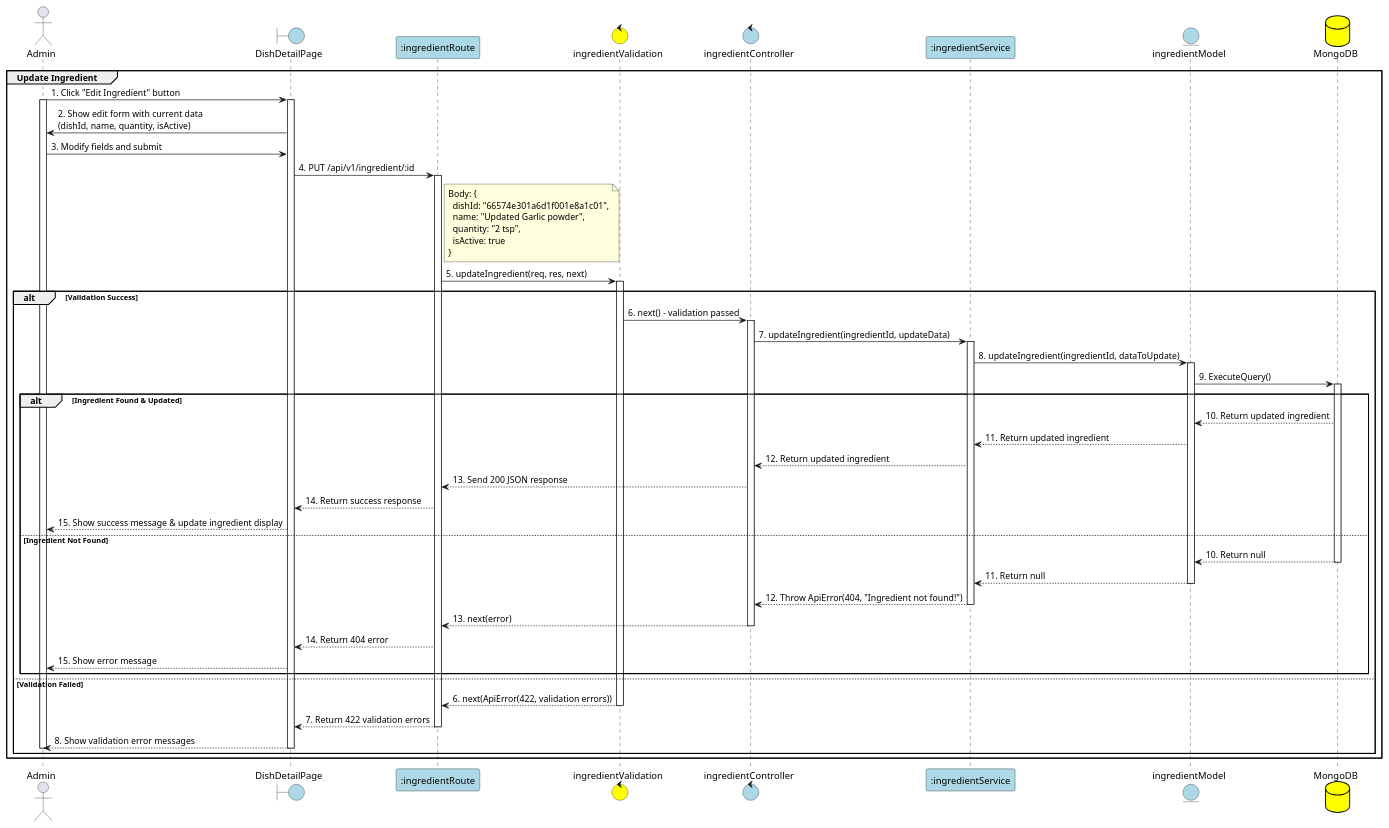
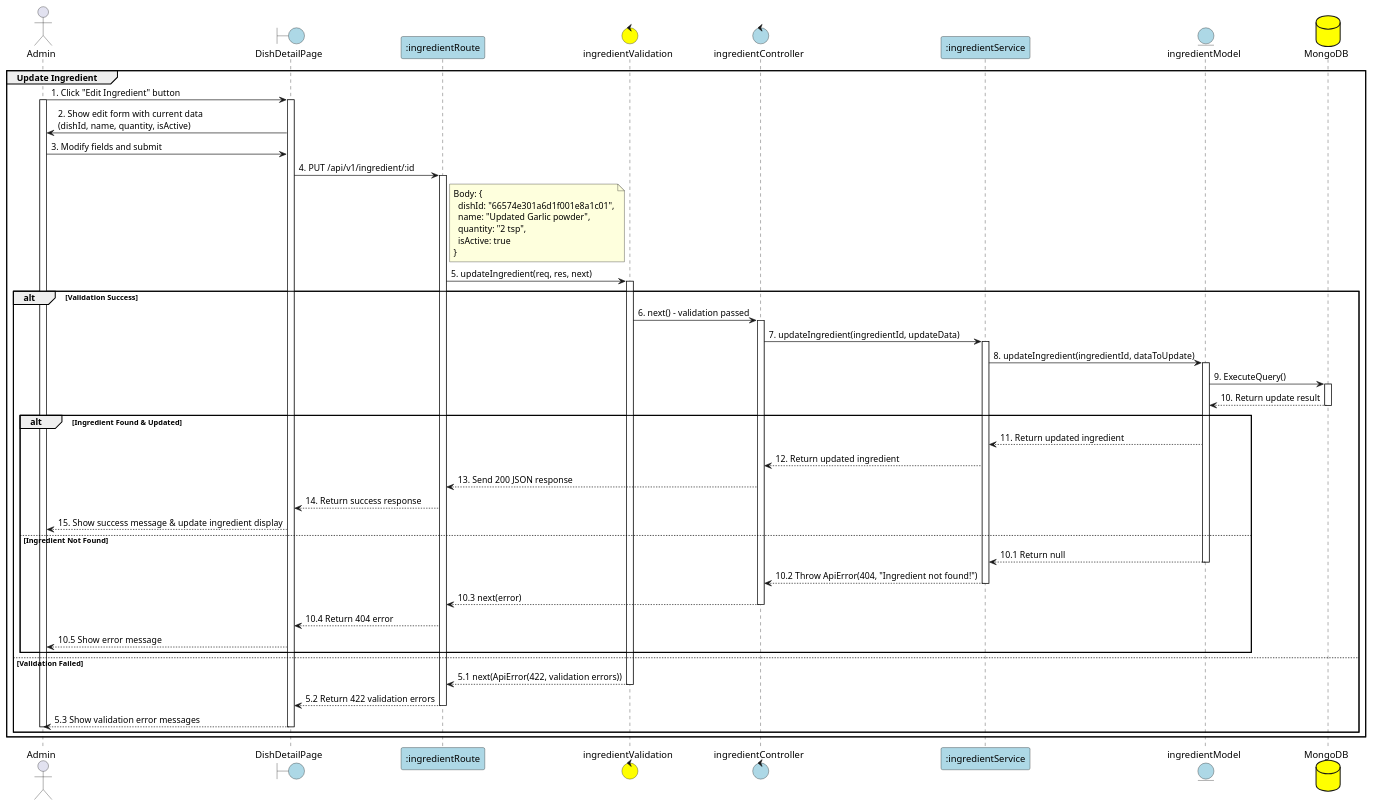
Before and after one commit to Aohkne/CaloCook: the diagram in PlanUML/25_UpdateIngredient.puml, drawn with PlantUML. The commit also changed 6 other files, not shown here.

```diff
--- a/PlanUML/25_UpdateIngredient.puml
+++ b/PlanUML/25_UpdateIngredient.puml
@@ -1,87 +1,85 @@
 @startuml UpdateIngredient
 
 actor "Admin" as Admin
 boundary "DishDetailPage" as View #lightblue
 participant ":ingredientRoute" as Route #lightblue
 control "ingredientValidation" as Validation #yellow
 control "ingredientController" as Controller #lightblue
 participant ":ingredientService" as Service #lightblue
 entity "ingredientModel" as IngredientModel #lightblue
 database "MongoDB" as MongoDB #yellow
 
 group Update Ingredient
 
 Admin -> View: 1. Click "Edit Ingredient" button
 activate Admin
 activate View
 
 View -> Admin: 2. Show edit form with current data\n(dishId, name, quantity, isActive)
 
 Admin -> View: 3. Modify fields and submit
 View -> Route: 4. PUT /api/v1/ingredient/:id
 activate Route
 
 note right of Route: Body: {\n  dishId: "66574e301a6d1f001e8a1c01",\n  name: "Updated Garlic powder",\n  quantity: "2 tsp",\n  isActive: true\n}
 
 Route -> Validation: 5. updateIngredient(req, res, next)
 activate Validation
 
 alt Validation Success
     Validation -> Controller: 6. next() - validation passed
+
     
     activate Controller
     Controller -> Service: 7. updateIngredient(ingredientId, updateData)
     activate Service
     
     Service -> IngredientModel: 8. updateIngredient(ingredientId, dataToUpdate)
     activate IngredientModel
     
     IngredientModel -> MongoDB: 9. ExecuteQuery()
     activate MongoDB
+    MongoDB --> IngredientModel: 10. Return update result
+    deactivate MongoDB
     
     alt Ingredient Found & Updated
-        MongoDB --> IngredientModel: 10. Return updated ingredient
-        
         IngredientModel --> Service: 11. Return updated ingredient
         
         Service --> Controller: 12. Return updated ingredient
         
         Controller --> Route: 13. Send 200 JSON response
         
         Route --> View: 14. Return success response
         
         View --> Admin: 15. Show success message & update ingredient display
         
     else Ingredient Not Found
-        MongoDB --> IngredientModel: 10. Return null
-        deactivate MongoDB
-        
-        IngredientModel --> Service: 11. Return null
+        IngredientModel --> Service: 10.1 Return null
         deactivate IngredientModel
         
-        Service --> Controller: 12. Throw ApiError(404, "Ingredient not found!")
+        Service --> Controller: 10.2 Throw ApiError(404, "Ingredient not found!")
         deactivate Service
         
-        Controller --> Route: 13. next(error)
+        Controller --> Route: 10.3 next(error)
         deactivate Controller
         
-        Route --> View: 14. Return 404 error
+        Route --> View: 10.4 Return 404 error
         
-        View --> Admin: 15. Show error message
+        View --> Admin: 10.5 Show error message
     end
     
 else Validation Failed
-    Validation --> Route: 6. next(ApiError(422, validation errors))
+    Validation --> Route: 5.1 next(ApiError(422, validation errors))
     deactivate Validation
     
-    Route --> View: 7. Return 422 validation errors
+    Route --> View: 5.2 Return 422 validation errors
     deactivate Route
     
-    View --> Admin: 8. Show validation error messages
+    View --> Admin: 5.3 Show validation error messages
     deactivate View
     deactivate Admin
 end
 
 end
 
 @enduml
```
